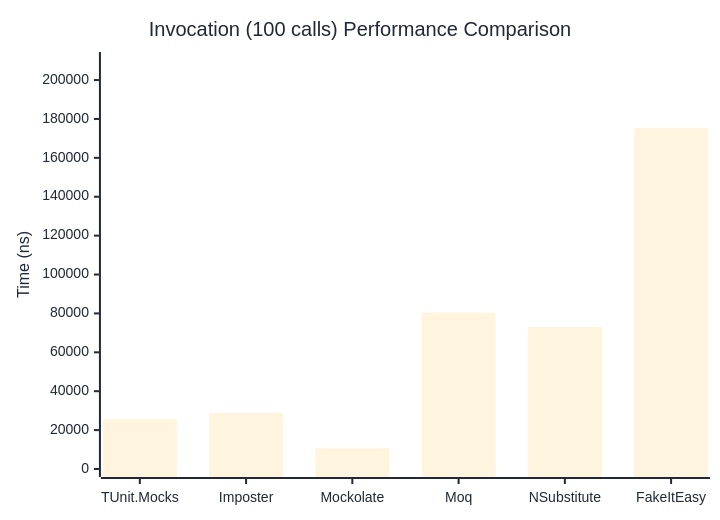
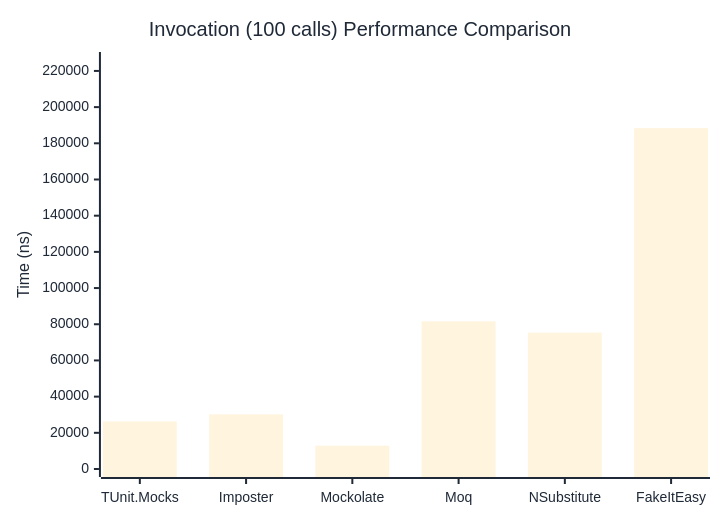
The third of 3 diagrams in docs/docs/benchmarks/mocks/Invocation.md (thomhurst/TUnit), drawn with Mermaid before and after one commit. The commit also changed other lines of this file and 14 other files, not shown here.

````diff
--- a/docs/docs/benchmarks/mocks/Invocation.md
+++ b/docs/docs/benchmarks/mocks/Invocation.md
@@ -110,27 +110,27 @@
 ```mermaid
 %%{init: {
   'theme':'base',
   'themeVariables': {
     'primaryColor': '#2563eb',
     'primaryTextColor': '#1f2937',
     'primaryBorderColor': '#1e40af',
     'lineColor': '#6b7280',
     'secondaryColor': '#7c3aed',
     'tertiaryColor': '#dc2626',
     'background': '#ffffff',
     'pie1': '#2563eb',
     'pie2': '#7c3aed',
     'pie3': '#dc2626',
     'pie4': '#f59e0b',
     'pie5': '#10b981',
     'pie6': '#06b6d4',
     'pie7': '#ec4899',
     'pie8': '#6366f1'
   }
 }}%%
 xychart-beta
   title "Invocation (100 calls) Performance Comparison"
   x-axis ["TUnit.Mocks", "Imposter", "Mockolate", "Moq", "NSubstitute", "FakeItEasy"]
-  y-axis "Time (ns)" 0 --> 210314
-  bar [25569.66, 28800.88, 10588.02, 80453.19, 72980.61, 175261.43]
+  y-axis "Time (ns)" 0 --> 226041
+  bar [26294.1, 30180.5, 12851, 81626.3, 75373.2, 188367.5]
 ```
````
